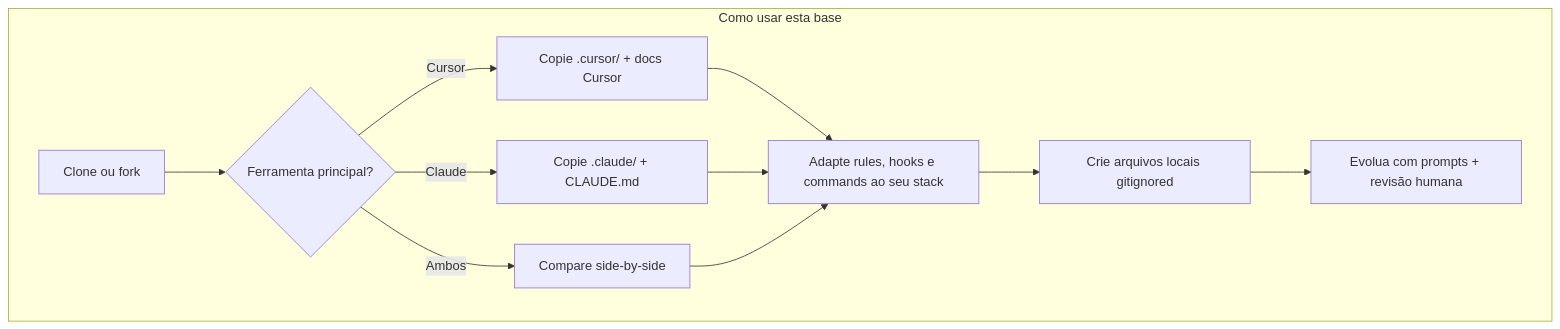
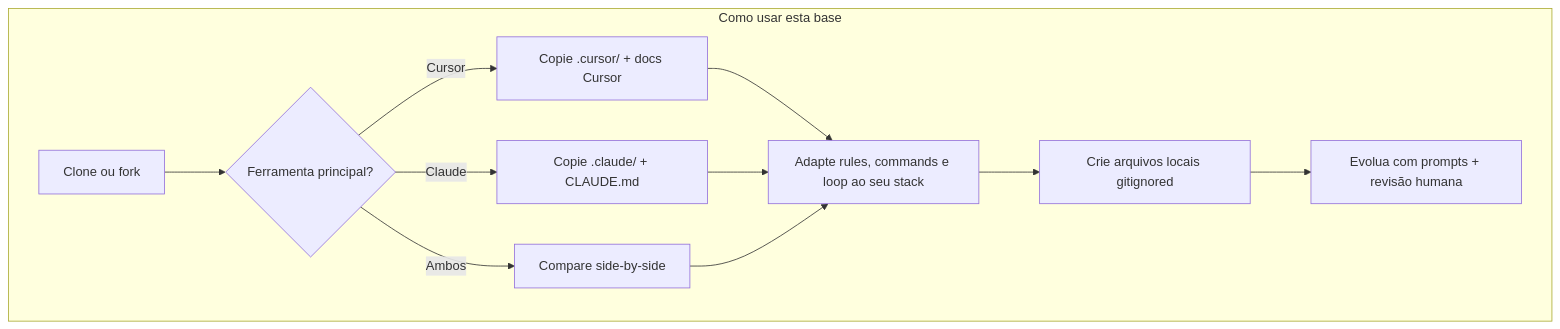
One commit to lns-l/Vibe-Coding changed the first of 2 diagrams in README.md. Above: the diagram before and after it, drawn with Mermaid. The commit also changed other lines of this file and 60 other files, not shown here.

````diff
--- a/README.md
+++ b/README.md
@@ -93,14 +92,14 @@
 ```mermaid
 flowchart TB
     subgraph uso["Como usar esta base"]
         A[Clone ou fork] --> B{Ferramenta principal?}
         B -->|Cursor| C[Copie .cursor/ + docs Cursor]
         B -->|Claude| D[Copie .claude/ + CLAUDE.md]
         B -->|Ambos| E[Compare side-by-side]
-        C --> F[Adapte rules, hooks e commands ao seu stack]
+        C --> F[Adapte rules, commands e loop ao seu stack]
         D --> F
         E --> F
         F --> G[Crie arquivos locais gitignored]
         G --> H[Evolua com prompts + revisão humana]
     end
 ```
````
